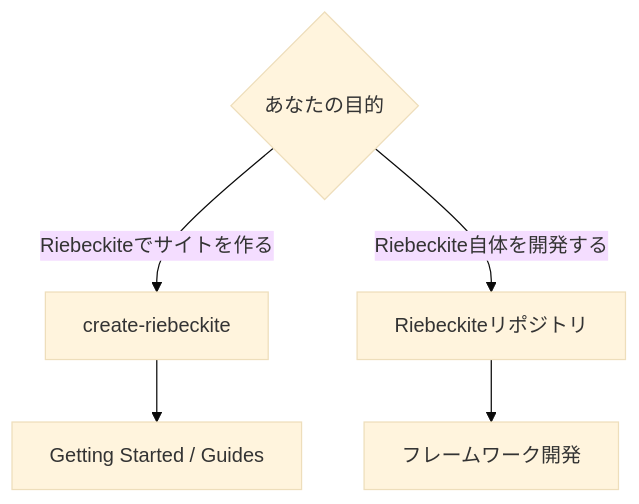
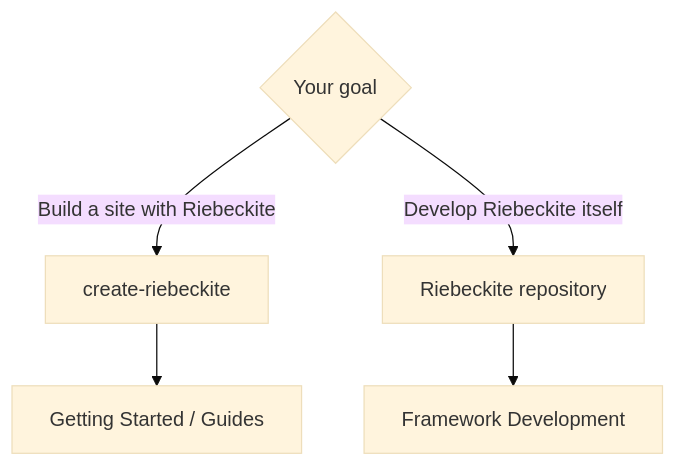
One commit to Rerurate514/riebeckite changed the third of 4 diagrams in docs/README.md. Above: the diagram before and after it, drawn with Mermaid (base theme). The commit also changed other lines of this file and 604 other files, not shown here.

````diff
--- a/docs/README.md
+++ b/docs/README.md
@@ -158,10 +153,10 @@
-```mermaid id="b5us44"
+```mermaid
 flowchart TD
-    User{"あなたの目的"}
+    User{"Your goal"}
 
-    User -->|"Riebeckiteでサイトを作る"| Site["create-riebeckite"]
-    User -->|"Riebeckite自体を開発する"| Framework["Riebeckiteリポジトリ"]
+    User -->|"Build a site with Riebeckite"| Site["create-riebeckite"]
+    User -->|"Develop Riebeckite itself"| Framework["Riebeckite repository"]
 
     Site --> Getting["Getting Started / Guides"]
-    Framework --> Dev["フレームワーク開発"]
+    Framework --> Dev["Framework Development"]
 ```
````
